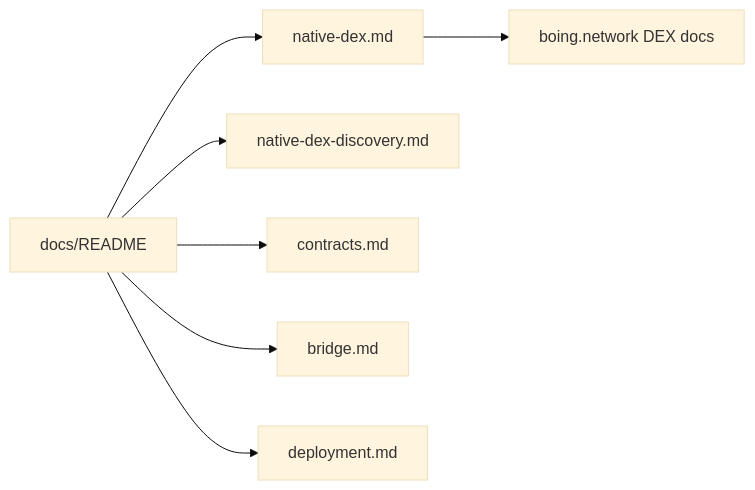
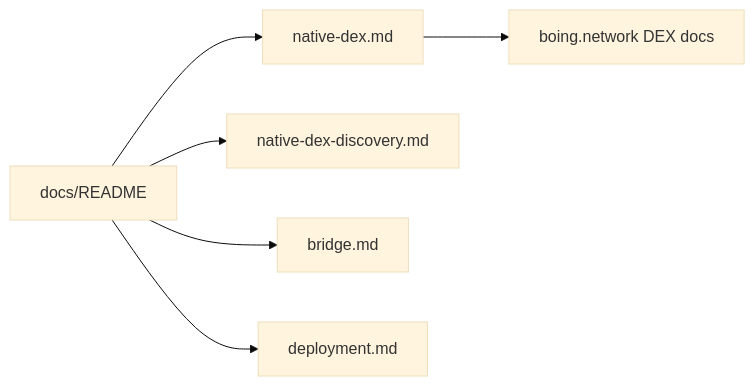
Before and after one commit to Boing-Network/boing.finance: the diagram in docs/README.md, drawn with Mermaid (base theme). The commit also changed other lines of this file and 16 other files, not shown here.

````diff
--- a/docs/README.md
+++ b/docs/README.md
@@ -7,9 +7,8 @@
 ```mermaid
 flowchart LR
   Index[docs/README] --> Native[native-dex.md]
   Index --> Discover[native-dex-discovery.md]
-  Index --> EVM[contracts.md]
   Index --> Bridge[bridge.md]
   Index --> Deploy[deployment.md]
   Native --> Protocol[boing.network DEX docs]
 ```
````
